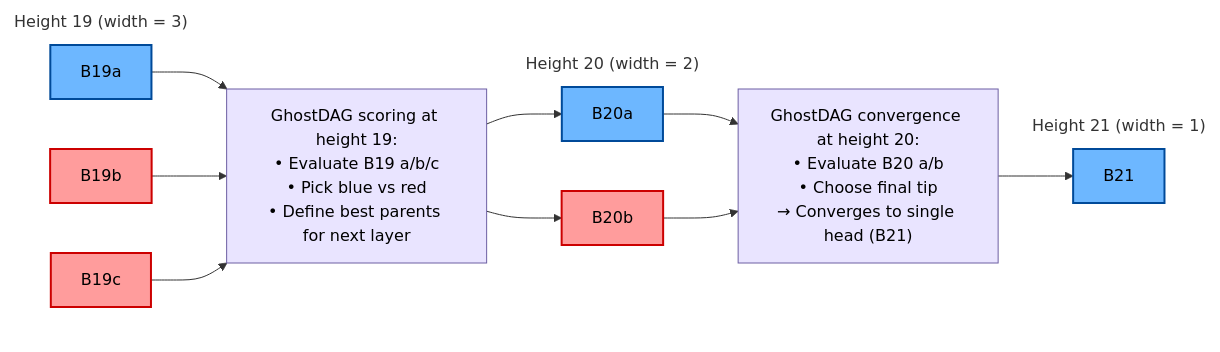
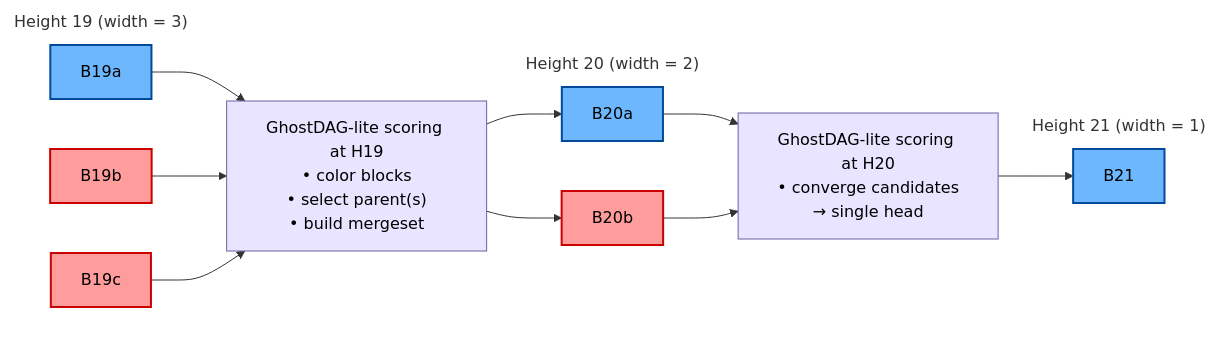
Before and after one commit to SanaMegabytes/megabytes-dag-specification: the first of 2 diagrams in README.md, drawn with Mermaid. The commit also changed other lines of this file, not shown here.

````diff
--- a/README.md
+++ b/README.md
@@ -13,60 +13,38 @@
 ```mermaid
 flowchart LR
-%% === HEIGHT 19 ===
+%% Simplified convergence example
 subgraph H19["Height 19 (width = 3)"]
-    B19a[B19a]:::blue
-    B19b[B19b]:::red
-    B19c[B19c]:::red
+  B19a[B19a]:::blue
+  B19b[B19b]:::red
+  B19c[B19c]:::red
 end
 
-%% === HEIGHT 20 ===
 subgraph H20["Height 20 (width = 2)"]
-    B20a[B20a]:::blue
-    B20b[B20b]:::red
+  B20a[B20a]:::blue
+  B20b[B20b]:::red
 end
 
-%% === HEIGHT 21 ===
 subgraph H21["Height 21 (width = 1)"]
-    B21[B21]:::blue
+  B21[B21]:::blue
 end
 
-%% === GHOSTDAG COMPUTE NODES (VIOLET) ===
-GD19["GhostDAG scoring at height 19:<br/>• Evaluate B19 a/b/c<br/>• Pick blue vs red<br/>• Define best parents for next layer"]:::step
+GD19["GhostDAG-lite scoring at H19<br/>• color blocks<br/>• select parent(s)<br/>• build mergeset"]:::step
+GD20["GhostDAG-lite scoring at H20<br/>• converge candidates<br/>→ single head"]:::step
 
-GD20["GhostDAG convergence at height 20:<br/>• Evaluate B20 a/b<br/>• Choose final tip<br/>→ Converges to single head (B21)"]:::step
-
-
-%% === CONNECTIONS ===
-
-
-%% All width-3 blocks go through GhostDAG scoring
 B19a --> GD19
 B19b --> GD19
 B19c --> GD19
-
-%% GhostDAG scoring outputs the next-layer blocks (width 2)
 GD19 --> B20a
 GD19 --> B20b
-
-%% Width-2 blocks go through convergence scoring
 B20a --> GD20
 B20b --> GD20
-
-%% Final convergence to a single blue head
 GD20 --> B21
 
-
-%% === STYLES ===
 classDef blue fill:#6db7ff,stroke:#004a99,stroke-width:2px,color:#000;
 classDef red fill:#ff9c9c,stroke:#cc0000,stroke-width:2px,color:#000;
 classDef step fill:#e9e4ff,stroke:#6d5fa3,stroke-width:1px,color:#000;
-
-class B18,B19a,B20a,B21 blue;
-class B19b,B19c,B20b red;
-
-%% Remove any background/border on height groups
 
 style H19 fill:transparent,stroke-width:0px,stroke:transparent;
 style H20 fill:transparent,stroke-width:0px,stroke:transparent;
 style H21 fill:transparent,stroke-width:0px,stroke:transparent;
 ```
````
